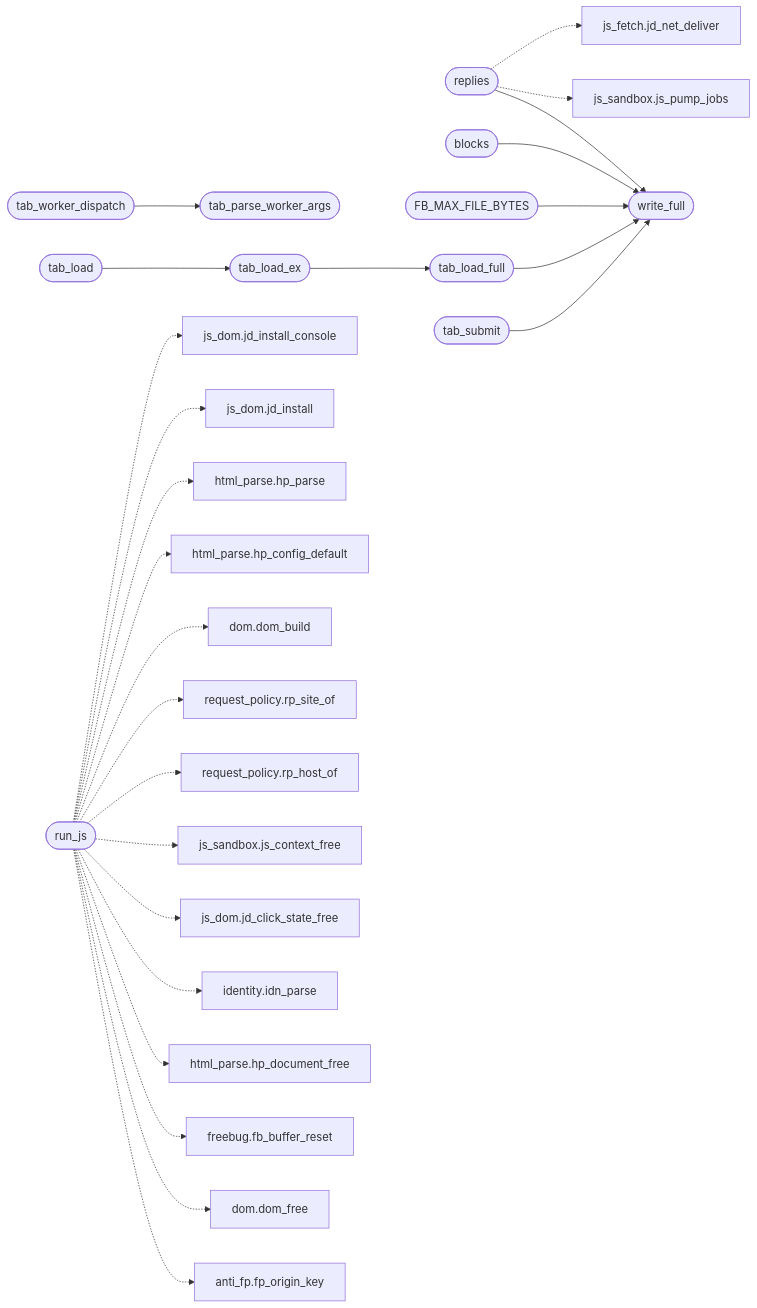
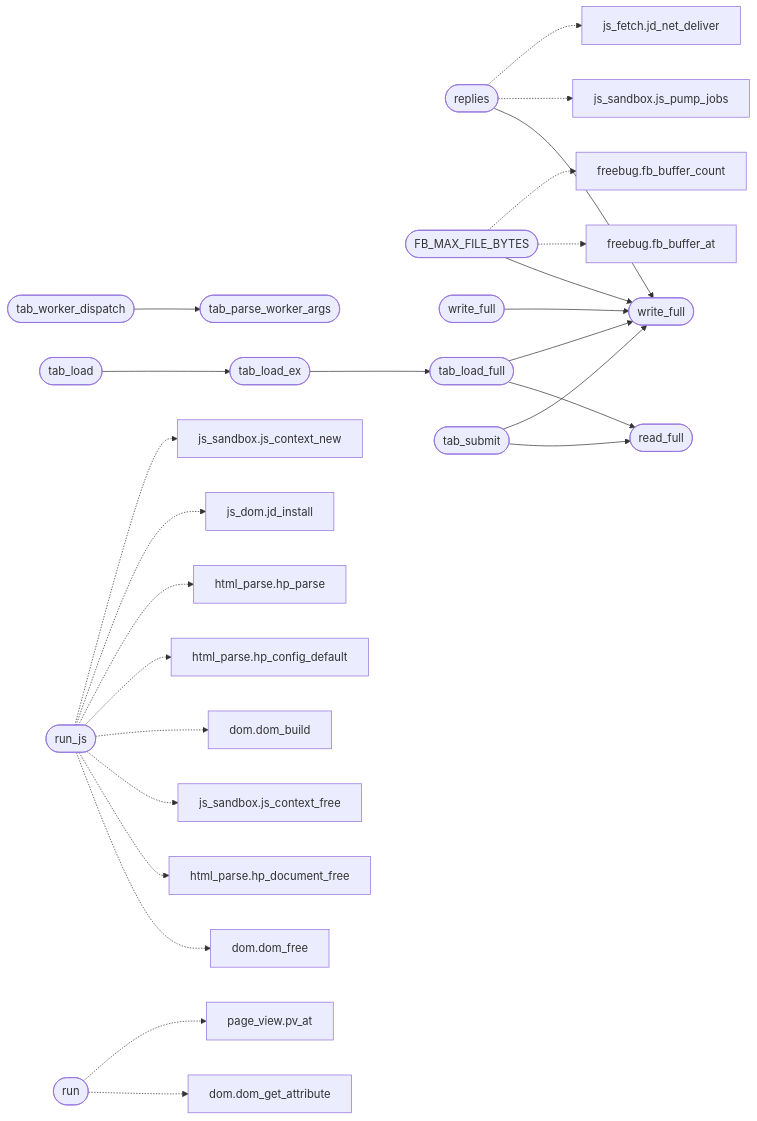
One commit to grisuno/FreeDom changed the second of 2 diagrams in readmenator-apidocs/modules/src.tab.c.md. Above: the diagram before and after it, drawn with Mermaid. The commit also changed other lines of this file and 205 other files, not shown here.

````diff
--- a/readmenator-apidocs/modules/src.tab.c.md
+++ b/readmenator-apidocs/modules/src.tab.c.md
@@ -33,54 +38,54 @@
 ```mermaid
 flowchart LR
     n_src_tab_c__replies(["replies"])
     n_src_tab_c__write_full(["write_full"])
-    n_src_tab_c__blocks(["blocks"])
     n_src_tab_c__FB_MAX_FILE_BYTES(["FB_MAX_FILE_BYTES"])
+    n_src_tab_c__write_full_1837(["write_full"])
     n_src_tab_c__tab_worker_dispatch(["tab_worker_dispatch"])
     n_src_tab_c__tab_parse_worker_args(["tab_parse_worker_args"])
     n_src_tab_c__tab_load(["tab_load"])
     n_src_tab_c__tab_load_ex(["tab_load_ex"])
     n_src_tab_c__tab_load_full(["tab_load_full"])
+    n_src_tab_c__read_full(["read_full"])
     n_src_tab_c__tab_submit(["tab_submit"])
     n_include_js_sandbox_h__js_pump_jobs["js_sandbox.js_pump_jobs"]
     n_src_js_fetch_c__jd_net_deliver["js_fetch.jd_net_deliver"]
     n_src_tab_c__run_js(["run_js"])
-    n_include_anti_fp_h__fp_origin_key["anti_fp.fp_origin_key"]
     n_include_dom_h__dom_free["dom.dom_free"]
-    n_include_freebug_h__fb_buffer_reset["freebug.fb_buffer_reset"]
     n_include_html_parse_h__hp_document_free["html_parse.hp_document_free"]
-    n_include_identity_h__idn_parse["identity.idn_parse"]
-    n_include_js_dom_h__jd_click_state_free["js_dom.jd_click_state_free"]
     n_include_js_sandbox_h__js_context_free["js_sandbox.js_context_free"]
-    n_include_request_policy_h__rp_host_of["request_policy.rp_host_of"]
-    n_include_request_policy_h__rp_site_of["request_policy.rp_site_of"]
     n_src_dom_c__dom_build["dom.dom_build"]
     n_src_html_parse_c__hp_config_default["html_parse.hp_config_default"]
     n_src_html_parse_c__hp_parse["html_parse.hp_parse"]
     n_src_js_dom_c__jd_install["js_dom.jd_install"]
-    n_src_js_dom_c__jd_install_console["js_dom.jd_install_console"]
+    n_src_js_sandbox_c__js_context_new["js_sandbox.js_context_new"]
+    n_include_freebug_h__fb_buffer_at["freebug.fb_buffer_at"]
+    n_include_freebug_h__fb_buffer_count["freebug.fb_buffer_count"]
+    n_src_tab_c__run(["run"])
+    n_include_dom_h__dom_get_attribute["dom.dom_get_attribute"]
+    n_include_page_view_h__pv_at["page_view.pv_at"]
     n_src_tab_c__replies --> n_src_tab_c__write_full
-    n_src_tab_c__blocks --> n_src_tab_c__write_full
     n_src_tab_c__FB_MAX_FILE_BYTES --> n_src_tab_c__write_full
+    n_src_tab_c__write_full_1837 --> n_src_tab_c__write_full
     n_src_tab_c__tab_worker_dispatch --> n_src_tab_c__tab_parse_worker_args
     n_src_tab_c__tab_load --> n_src_tab_c__tab_load_ex
     n_src_tab_c__tab_load_ex --> n_src_tab_c__tab_load_full
+    n_src_tab_c__tab_load_full --> n_src_tab_c__read_full
     n_src_tab_c__tab_load_full --> n_src_tab_c__write_full
+    n_src_tab_c__tab_submit --> n_src_tab_c__read_full
     n_src_tab_c__tab_submit --> n_src_tab_c__write_full
     n_src_tab_c__replies -.-> n_include_js_sandbox_h__js_pump_jobs
     n_src_tab_c__replies -.-> n_src_js_fetch_c__jd_net_deliver
-    n_src_tab_c__run_js -.-> n_include_anti_fp_h__fp_origin_key
     n_src_tab_c__run_js -.-> n_include_dom_h__dom_free
-    n_src_tab_c__run_js -.-> n_include_freebug_h__fb_buffer_reset
     n_src_tab_c__run_js -.-> n_include_html_parse_h__hp_document_free
-    n_src_tab_c__run_js -.-> n_include_identity_h__idn_parse
-    n_src_tab_c__run_js -.-> n_include_js_dom_h__jd_click_state_free
     n_src_tab_c__run_js -.-> n_include_js_sandbox_h__js_context_free
-    n_src_tab_c__run_js -.-> n_include_request_policy_h__rp_host_of
-    n_src_tab_c__run_js -.-> n_include_request_policy_h__rp_site_of
     n_src_tab_c__run_js -.-> n_src_dom_c__dom_build
     n_src_tab_c__run_js -.-> n_src_html_parse_c__hp_config_default
     n_src_tab_c__run_js -.-> n_src_html_parse_c__hp_parse
     n_src_tab_c__run_js -.-> n_src_js_dom_c__jd_install
-    n_src_tab_c__run_js -.-> n_src_js_dom_c__jd_install_console
+    n_src_tab_c__run_js -.-> n_src_js_sandbox_c__js_context_new
+    n_src_tab_c__FB_MAX_FILE_BYTES -.-> n_include_freebug_h__fb_buffer_at
+    n_src_tab_c__FB_MAX_FILE_BYTES -.-> n_include_freebug_h__fb_buffer_count
+    n_src_tab_c__run -.-> n_include_dom_h__dom_get_attribute
+    n_src_tab_c__run -.-> n_include_page_view_h__pv_at
 ```
````
